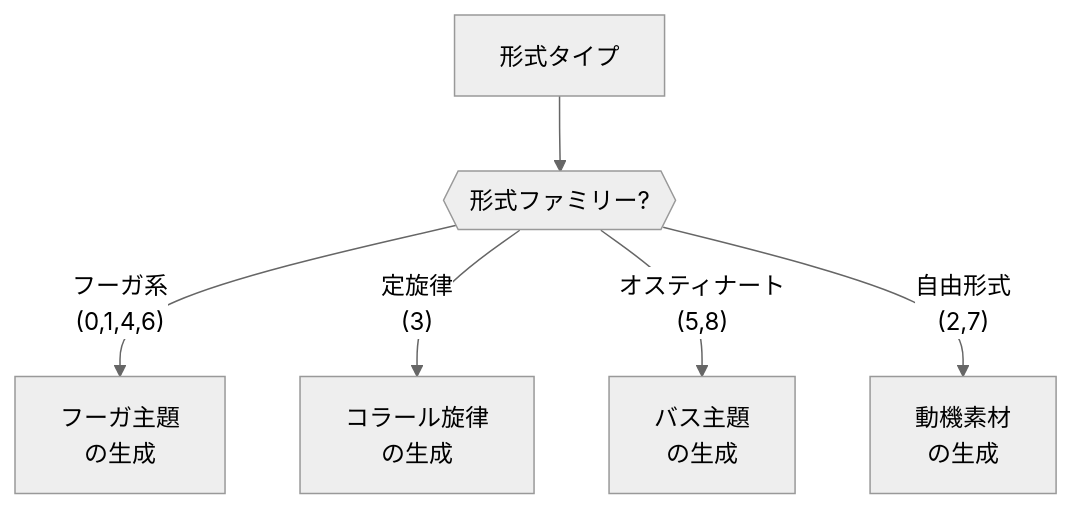
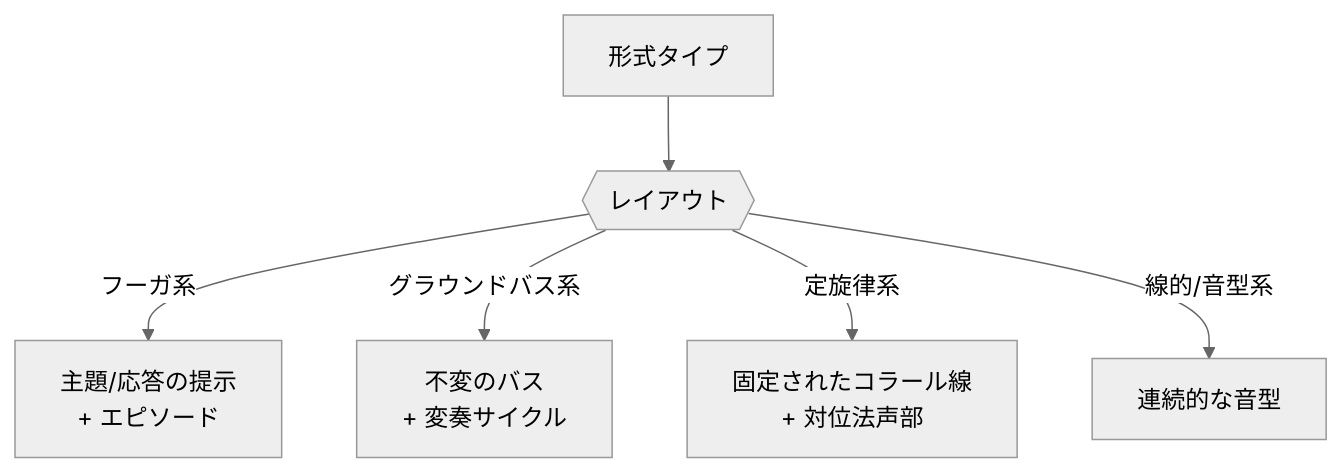
The second of 2 diagrams in src/ja/docs/generation-pipeline.md (libraz/midi-sketch-bach-homepage), drawn with Mermaid (neutral theme) before and after one commit. The commit also changed other lines of this file and 34 other files, not shown here.

````diff
--- a/src/ja/docs/generation-pipeline.md
+++ b/src/ja/docs/generation-pipeline.md
@@ -54,8 +34,8 @@
 ```mermaid
 graph TD
-    A["形式タイプ"] --> B{{"形式ファミリー?"}}
-    B -->|"フーガ系<br>(0,1,4,6)"| C["フーガ主題<br>の生成"]
-    B -->|"定旋律<br>(3)"| D["コラール旋律<br>の生成"]
-    B -->|"オスティナート<br>(5,8)"| E["バス主題<br>の生成"]
-    B -->|"自由形式<br>(2,7)"| F["動機素材<br>の生成"]
+    A["形式タイプ"] --> B{{"レイアウト"}}
+    B -->|"フーガ系"| C["主題/応答の提示<br>+ エピソード"]
+    B -->|"グラウンドバス系"| D["不変のバス<br>+ 変奏サイクル"]
+    B -->|"定旋律系"| E["固定されたコラール線<br>+ 対位法声部"]
+    B -->|"線的/音型系"| F["連続的な音型"]
 ```
````
